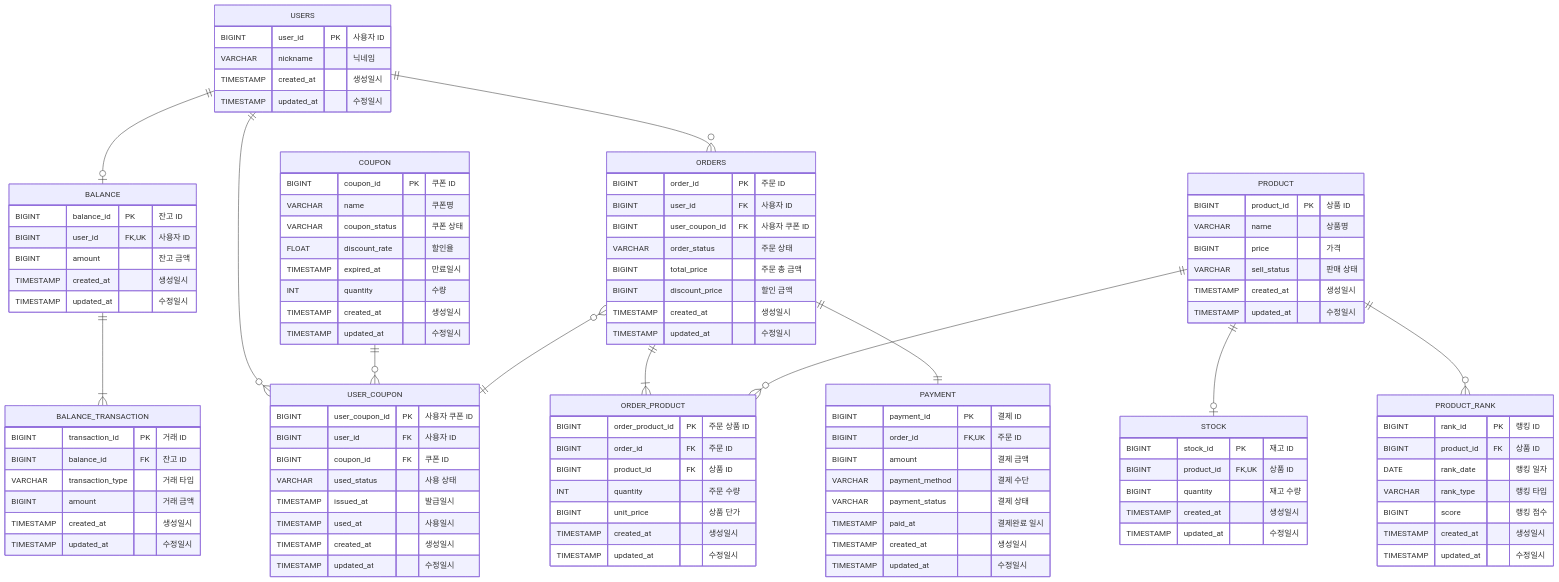
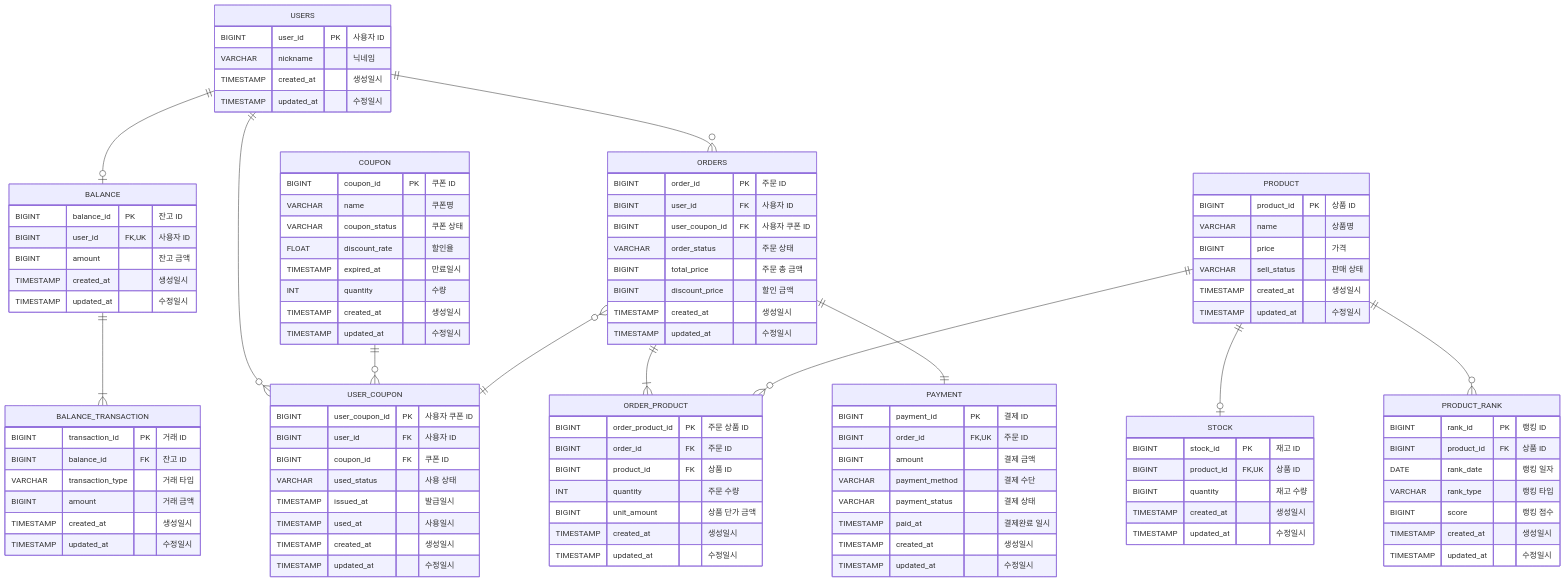
The diagram in docs/architecture/04.ERD.md (gokid96/e-commerce), drawn with Mermaid before and after one commit. The commit also changed other lines of this file and 2 other files, not shown here.

Commit message:
[DOCS] 설계 문서 수정 (결제수단/상태, 쿠폰 발급 URL/EXPIRED, unit_amount, transaction_type)

```diff
--- a/docs/architecture/04.ERD.md
+++ b/docs/architecture/04.ERD.md
@@ -113,7 +113,7 @@
         BIGINT order_id FK "주문 ID"
         BIGINT product_id FK "상품 ID"
         INT quantity "주문 수량"
-        BIGINT unit_price "상품 단가"
+        BIGINT unit_amount "상품 단가 금액"
         TIMESTAMP created_at "생성일시"
         TIMESTAMP updated_at "수정일시"
     }
```
